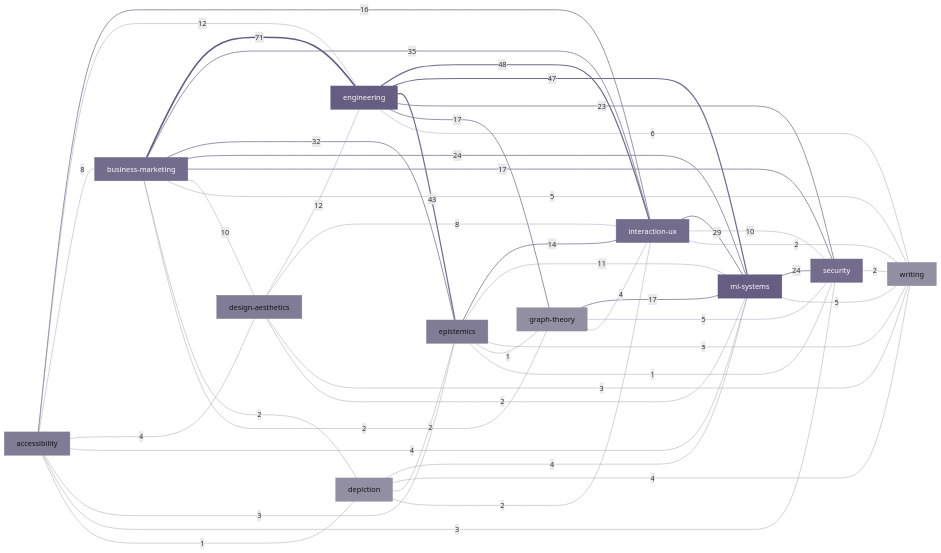
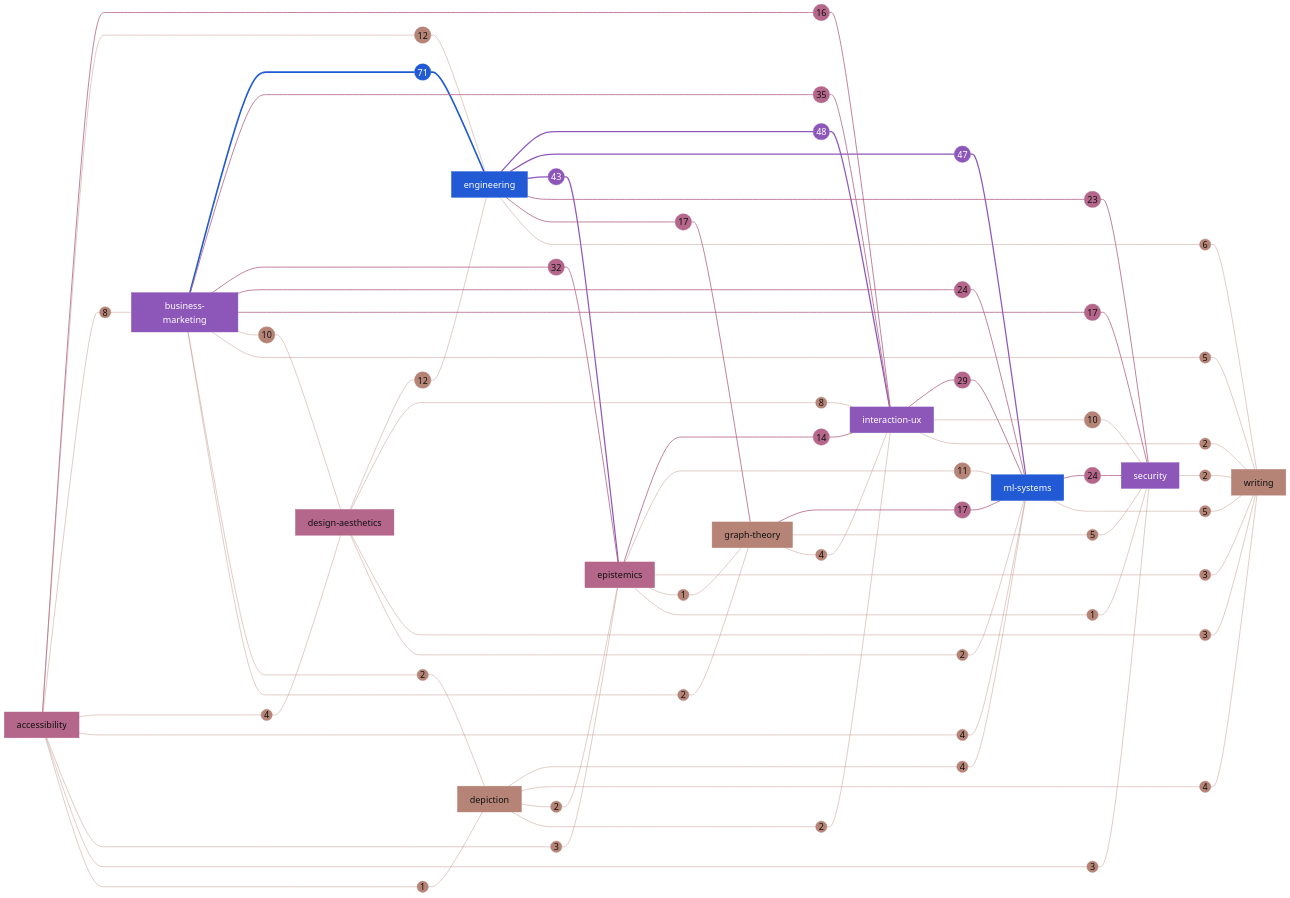
One commit to darce/heuristics-canon changed the first of 2 diagrams in GRAPH.md. Above: the diagram before and after it, drawn with Mermaid. The commit also changed other lines of this file and 2 other files, not shown here.

First line of the commit message:
canon v0.18.1: legible MAP and GRAPH diagrams

````diff
--- a/GRAPH.md
+++ b/GRAPH.md
@@ -22,5 +24,5 @@
 ```mermaid
-%%{init: {'themeVariables': {'fontSize': '18px'}}}%%
+%%{init: {'themeVariables': {'fontSize': '22px'}}}%%
 graph LR
   accessibility["accessibility"]
   business_marketing["business-marketing"]
@@ -33,61 +35,106 @@
   ml_systems["ml-systems"]
   security["security"]
   writing["writing"]
-  business_marketing ---|71| engineering
-  engineering ---|48| interaction_ux
-  engineering ---|47| ml_systems
-  engineering ---|43| epistemics
-  business_marketing ---|35| interaction_ux
-  business_marketing ---|32| epistemics
-  interaction_ux ---|29| ml_systems
-  business_marketing ---|24| ml_systems
-  ml_systems ---|24| security
-  engineering ---|23| security
-  business_marketing ---|17| security
-  engineering ---|17| graph_theory
-  graph_theory ---|17| ml_systems
-  accessibility ---|16| interaction_ux
-  epistemics ---|14| interaction_ux
-  accessibility ---|12| engineering
-  design_aesthetics ---|12| engineering
-  epistemics ---|11| ml_systems
-  business_marketing ---|10| design_aesthetics
-  interaction_ux ---|10| security
-  accessibility ---|8| business_marketing
-  design_aesthetics ---|8| interaction_ux
-  engineering ---|6| writing
-  business_marketing ---|5| writing
-  graph_theory ---|5| security
-  ml_systems ---|5| writing
-  accessibility ---|4| design_aesthetics
-  accessibility ---|4| ml_systems
-  depiction ---|4| ml_systems
-  depiction ---|4| writing
-  graph_theory ---|4| interaction_ux
-  accessibility ---|3| epistemics
-  accessibility ---|3| security
-  design_aesthetics ---|3| writing
-  epistemics ---|3| writing
-  business_marketing ---|2| depiction
-  business_marketing ---|2| graph_theory
-  depiction ---|2| epistemics
-  depiction ---|2| interaction_ux
-  design_aesthetics ---|2| ml_systems
-  interaction_ux ---|2| writing
-  security ---|2| writing
-  accessibility ---|1| depiction
-  epistemics ---|1| graph_theory
-  epistemics ---|1| security
-  classDef seq_0 fill:#938FA3,color:#111111,stroke:#938FA3
-  classDef seq_1 fill:#817C96,color:#111111,stroke:#817C96
-  classDef seq_2 fill:#736C8C,color:#FFFFFF,stroke:#736C8C
-  classDef seq_3 fill:#655D82,color:#FFFFFF,stroke:#655D82
-  class depiction,graph_theory,writing seq_0
-  class accessibility,design_aesthetics,epistemics seq_1
-  class business_marketing,interaction_ux,security seq_2
-  class engineering,ml_systems seq_3
-  linkStyle 0 stroke:#655D82,stroke-width:4px
-  linkStyle 1,2,3 stroke:#736C8C,stroke-width:3px
-  linkStyle 4,5,6,7,8,9,10,11,12,13,14 stroke:#817C96,stroke-width:2px
-  linkStyle 15,16,17,18,19,20,21,22,23,24,25,26,27,28,29,30,31,32,33,34,35,36,37,38,39,40,41,42,43,44 stroke:#938FA3,stroke-width:1px
+  business_marketing --- W_business_marketing__engineering((71))
+  W_business_marketing__engineering --- engineering
+  engineering --- W_engineering__interaction_ux((48))
+  W_engineering__interaction_ux --- interaction_ux
+  engineering --- W_engineering__ml_systems((47))
+  W_engineering__ml_systems --- ml_systems
+  engineering --- W_engineering__epistemics((43))
+  W_engineering__epistemics --- epistemics
+  business_marketing --- W_business_marketing__interaction_ux((35))
+  W_business_marketing__interaction_ux --- interaction_ux
+  business_marketing --- W_business_marketing__epistemics((32))
+  W_business_marketing__epistemics --- epistemics
+  interaction_ux --- W_interaction_ux__ml_systems((29))
+  W_interaction_ux__ml_systems --- ml_systems
+  business_marketing --- W_business_marketing__ml_systems((24))
+  W_business_marketing__ml_systems --- ml_systems
+  ml_systems --- W_ml_systems__security((24))
+  W_ml_systems__security --- security
+  engineering --- W_engineering__security((23))
+  W_engineering__security --- security
+  business_marketing --- W_business_marketing__security((17))
+  W_business_marketing__security --- security
+  engineering --- W_engineering__graph_theory((17))
+  W_engineering__graph_theory --- graph_theory
+  graph_theory --- W_graph_theory__ml_systems((17))
+  W_graph_theory__ml_systems --- ml_systems
+  accessibility --- W_accessibility__interaction_ux((16))
+  W_accessibility__interaction_ux --- interaction_ux
+  epistemics --- W_epistemics__interaction_ux((14))
+  W_epistemics__interaction_ux --- interaction_ux
+  accessibility --- W_accessibility__engineering((12))
+  W_accessibility__engineering --- engineering
+  design_aesthetics --- W_design_aesthetics__engineering((12))
+  W_design_aesthetics__engineering --- engineering
+  epistemics --- W_epistemics__ml_systems((11))
+  W_epistemics__ml_systems --- ml_systems
+  business_marketing --- W_business_marketing__design_aesthetics((10))
+  W_business_marketing__design_aesthetics --- design_aesthetics
+  interaction_ux --- W_interaction_ux__security((10))
+  W_interaction_ux__security --- security
+  accessibility --- W_accessibility__business_marketing((8))
+  W_accessibility__business_marketing --- business_marketing
+  design_aesthetics --- W_design_aesthetics__interaction_ux((8))
+  W_design_aesthetics__interaction_ux --- interaction_ux
+  engineering --- W_engineering__writing((6))
+  W_engineering__writing --- writing
+  business_marketing --- W_business_marketing__writing((5))
+  W_business_marketing__writing --- writing
+  graph_theory --- W_graph_theory__security((5))
+  W_graph_theory__security --- security
+  ml_systems --- W_ml_systems__writing((5))
+  W_ml_systems__writing --- writing
+  accessibility --- W_accessibility__design_aesthetics((4))
+  W_accessibility__design_aesthetics --- design_aesthetics
+  accessibility --- W_accessibility__ml_systems((4))
+  W_accessibility__ml_systems --- ml_systems
+  depiction --- W_depiction__ml_systems((4))
+  W_depiction__ml_systems --- ml_systems
+  depiction --- W_depiction__writing((4))
+  W_depiction__writing --- writing
+  graph_theory --- W_graph_theory__interaction_ux((4))
+  W_graph_theory__interaction_ux --- interaction_ux
+  accessibility --- W_accessibility__epistemics((3))
+  W_accessibility__epistemics --- epistemics
+  accessibility --- W_accessibility__security((3))
+  W_accessibility__security --- security
+  design_aesthetics --- W_design_aesthetics__writing((3))
+  W_design_aesthetics__writing --- writing
+  epistemics --- W_epistemics__writing((3))
+  W_epistemics__writing --- writing
+  business_marketing --- W_business_marketing__depiction((2))
+  W_business_marketing__depiction --- depiction
+  business_marketing --- W_business_marketing__graph_theory((2))
+  W_business_marketing__graph_theory --- graph_theory
+  depiction --- W_depiction__epistemics((2))
+  W_depiction__epistemics --- epistemics
+  depiction --- W_depiction__interaction_ux((2))
+  W_depiction__interaction_ux --- interaction_ux
+  design_aesthetics --- W_design_aesthetics__ml_systems((2))
+  W_design_aesthetics__ml_systems --- ml_systems
+  interaction_ux --- W_interaction_ux__writing((2))
+  W_interaction_ux__writing --- writing
+  security --- W_security__writing((2))
+  W_security__writing --- writing
+  accessibility --- W_accessibility__depiction((1))
+  W_accessibility__depiction --- depiction
+  epistemics --- W_epistemics__graph_theory((1))
+  W_epistemics__graph_theory --- graph_theory
+  epistemics --- W_epistemics__security((1))
+  W_epistemics__security --- security
+  classDef seq_0 fill:#B68477,color:#111111,stroke:#B68477
+  classDef seq_1 fill:#B4668B,color:#111111,stroke:#B4668B
+  classDef seq_2 fill:#8D57BA,color:#FFFFFF,stroke:#8D57BA
+  classDef seq_3 fill:#225AD6,color:#FFFFFF,stroke:#225AD6
+  class depiction,graph_theory,writing,W_accessibility__engineering,W_design_aesthetics__engineering,W_epistemics__ml_systems,W_business_marketing__design_aesthetics,W_interaction_ux__security,W_accessibility__business_marketing,W_design_aesthetics__interaction_ux,W_engineering__writing,W_business_marketing__writing,W_graph_theory__security,W_ml_systems__writing,W_accessibility__design_aesthetics,W_accessibility__ml_systems,W_depiction__ml_systems,W_depiction__writing,W_graph_theory__interaction_ux,W_accessibility__epistemics,W_accessibility__security,W_design_aesthetics__writing,W_epistemics__writing,W_business_marketing__depiction,W_business_marketing__graph_theory,W_depiction__epistemics,W_depiction__interaction_ux,W_design_aesthetics__ml_systems,W_interaction_ux__writing,W_security__writing,W_accessibility__depiction,W_epistemics__graph_theory,W_epistemics__security seq_0
+  class accessibility,design_aesthetics,epistemics,W_business_marketing__interaction_ux,W_business_marketing__epistemics,W_interaction_ux__ml_systems,W_business_marketing__ml_systems,W_ml_systems__security,W_engineering__security,W_business_marketing__security,W_engineering__graph_theory,W_graph_theory__ml_systems,W_accessibility__interaction_ux,W_epistemics__interaction_ux seq_1
+  class business_marketing,interaction_ux,security,W_engineering__interaction_ux,W_engineering__ml_systems,W_engineering__epistemics seq_2
+  class engineering,ml_systems,W_business_marketing__engineering seq_3
+  linkStyle 0,1 stroke:#225AD6,stroke-width:4px
+  linkStyle 2,3,4,5,6,7 stroke:#8D57BA,stroke-width:3px
+  linkStyle 8,9,10,11,12,13,14,15,16,17,18,19,20,21,22,23,24,25,26,27,28,29 stroke:#B4668B,stroke-width:2px
+  linkStyle 30,31,32,33,34,35,36,37,38,39,40,41,42,43,44,45,46,47,48,49,50,51,52,53,54,55,56,57,58,59,60,61,62,63,64,65,66,67,68,69,70,71,72,73,74,75,76,77,78,79,80,81,82,83,84,85,86,87,88,89 stroke:#B68477,stroke-width:1px
 ```
````
